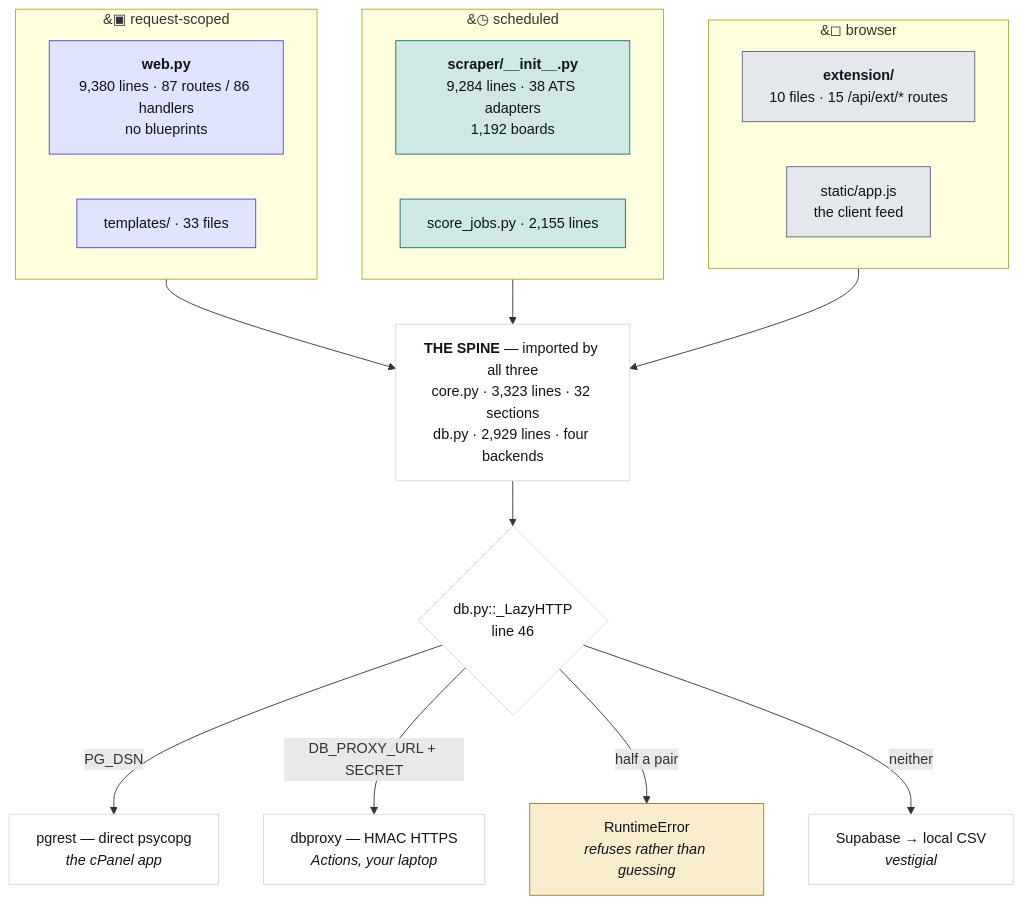
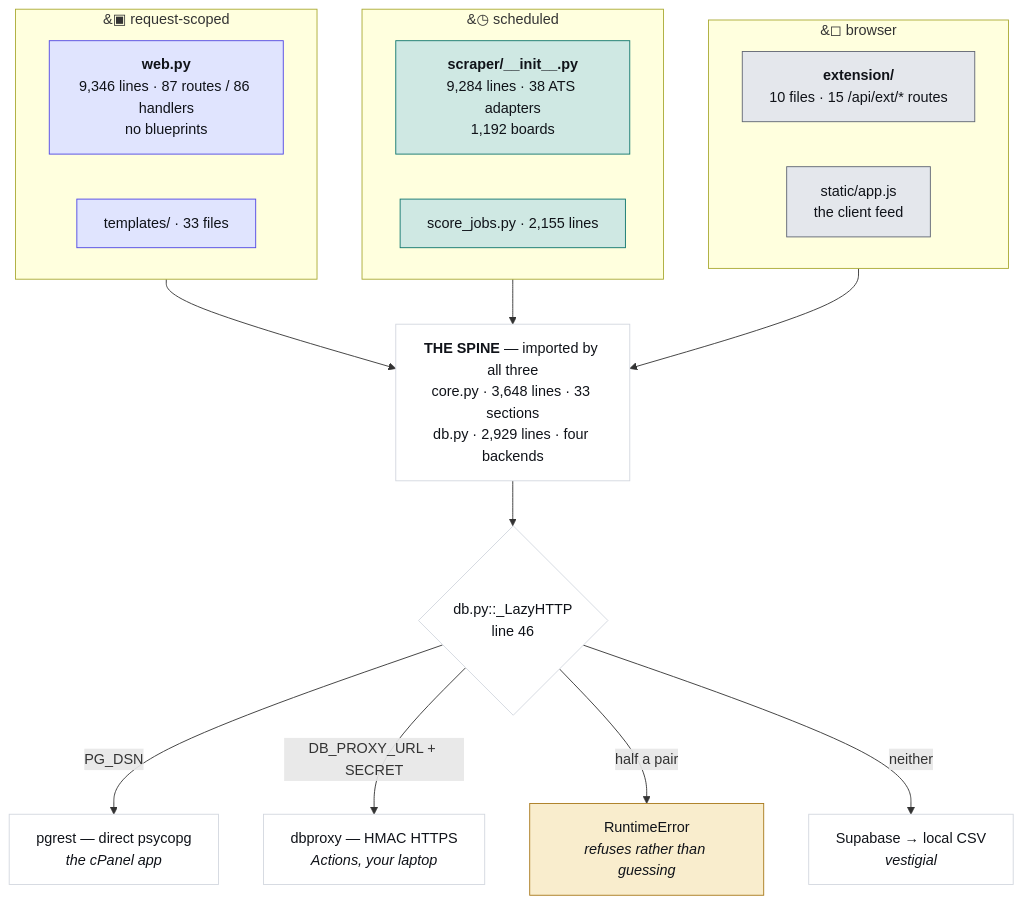
One commit to hadakunal909-debug/job-search-tool changed the first of 4 diagrams in JobMatch Scraper/docs/ARCHITECTURE.md. Above: the diagram before and after it, drawn with Mermaid. The commit also changed other lines of this file and 18 other files, not shown here.

````diff
--- a/JobMatch Scraper/docs/ARCHITECTURE.md
+++ b/JobMatch Scraper/docs/ARCHITECTURE.md
@@ -45,34 +45,34 @@
 ```mermaid
 flowchart TB
   subgraph REQ["&#9635; request-scoped"]
-    W["<b>web.py</b><br/>9,380 lines · 87 routes / 86 handlers<br/>no blueprints"]
+    W["<b>web.py</b><br/>9,346 lines · 87 routes / 86 handlers<br/>no blueprints"]
     T["templates/ · 33 files"]
   end
   subgraph SCH["&#9719; scheduled"]
     S["<b>scraper/__init__.py</b><br/>9,284 lines · 38 ATS adapters<br/>1,192 boards"]
     J["score_jobs.py · 2,155 lines"]
   end
   subgraph CLI["&#9723; browser"]
     E["<b>extension/</b><br/>10 files · 15 /api/ext/* routes"]
     A["static/app.js<br/>the client feed"]
   end
-  SPINE["<b>THE SPINE</b> — imported by all three<br/>core.py · 3,323 lines · 32 sections<br/>db.py · 2,929 lines · four backends"]
+  SPINE["<b>THE SPINE</b> — imported by all three<br/>core.py · 3,648 lines · 33 sections<br/>db.py · 2,929 lines · four backends"]
   REQ --> SPINE
   SCH --> SPINE
   CLI --> SPINE
   SPINE --> D{"db.py::_LazyHTTP<br/>line 46"}
   D -->|"PG_DSN"| P["pgrest — direct psycopg<br/><i>the cPanel app</i>"]
   D -->|"DB_PROXY_URL + SECRET"| X["dbproxy — HMAC HTTPS<br/><i>Actions, your laptop</i>"]
   D -->|"half a pair"| R["RuntimeError<br/><i>refuses rather than guessing</i>"]
   D -->|"neither"| V["Supabase → local CSV<br/><i>vestigial</i>"]
   classDef web fill:#e0e4fe,stroke:#4f46e5,color:#101319
   classDef sched fill:#cfe8e3,stroke:#0f766e,color:#101319
   classDef client fill:#e4e7ec,stroke:#5f6573,color:#101319
   classDef trap fill:#f9edcd,stroke:#a8781a,color:#101319
   classDef plain fill:#ffffff,stroke:#d3d7df,color:#101319
   class W,T web
   class S,J sched
   class E,A client
   class R trap
   class SPINE,D,P,X,V plain
 ```
````
